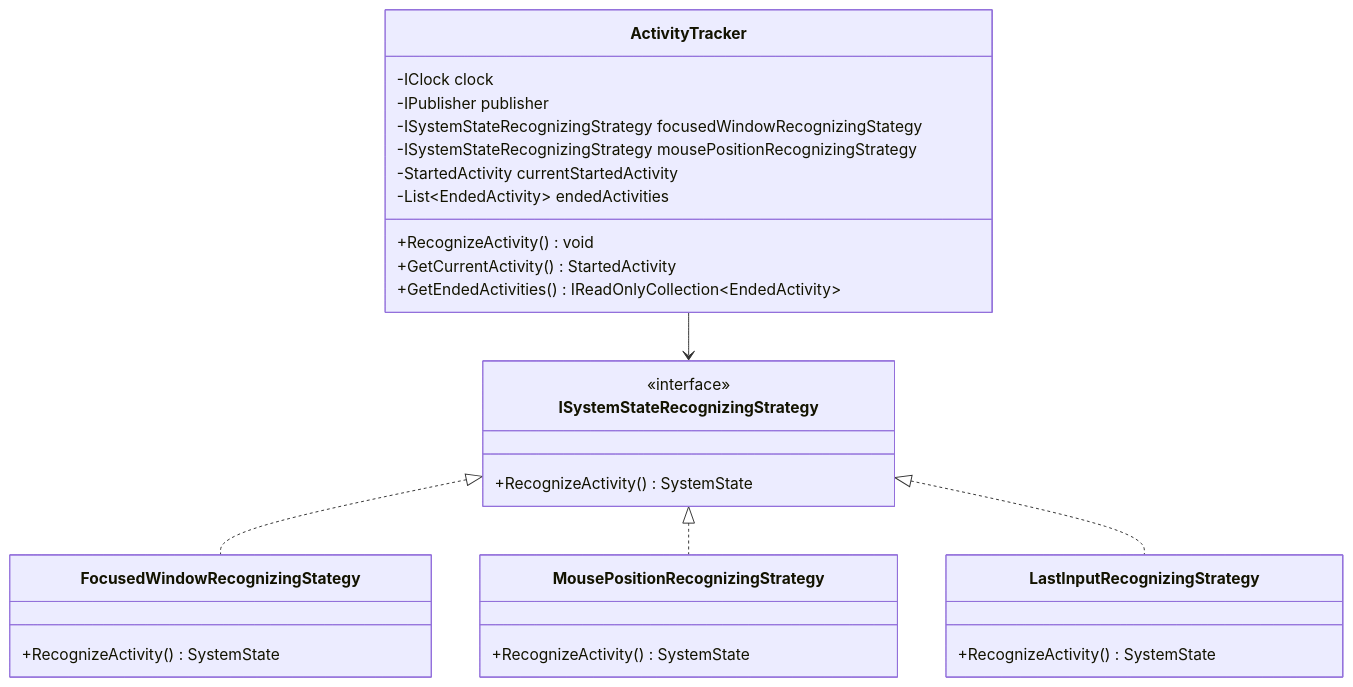
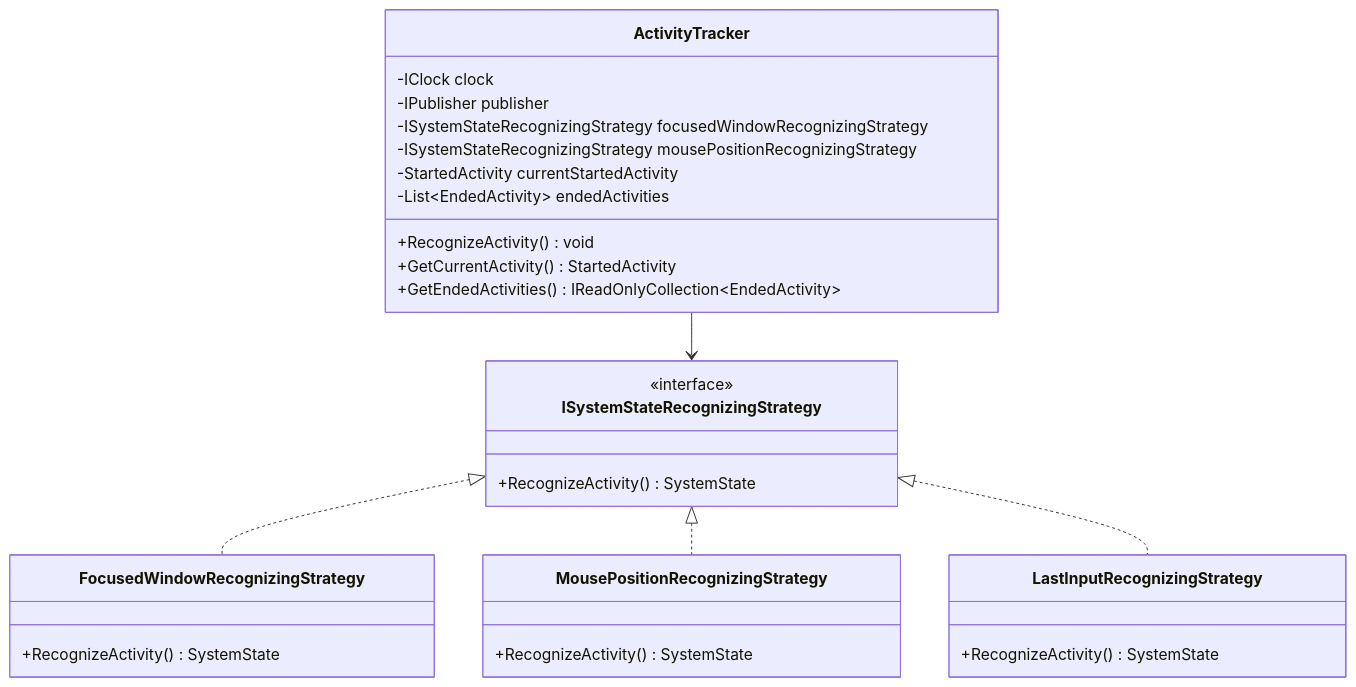
One commit to Skuty/TrackYourDay changed the first of 3 diagrams in docs/System-Trackers.md. Above: the diagram before and after it, drawn with Mermaid.

Commit message:
Fix typos in System-Trackers documentation

````diff
--- a/docs/System-Trackers.md
+++ b/docs/System-Trackers.md
@@ -27,36 +27,36 @@
 ```mermaid
 classDiagram
     class ActivityTracker {
         -IClock clock
         -IPublisher publisher
-        -ISystemStateRecognizingStrategy focusedWindowRecognizingStategy
+        -ISystemStateRecognizingStrategy focusedWindowRecognizingStrategy
         -ISystemStateRecognizingStrategy mousePositionRecognizingStrategy
         -StartedActivity currentStartedActivity
         -List~EndedActivity~ endedActivities
         +RecognizeActivity() void
         +GetCurrentActivity() StartedActivity
         +GetEndedActivities() IReadOnlyCollection~EndedActivity~
     }
     
     class ISystemStateRecognizingStrategy {
         <<interface>>
         +RecognizeActivity() SystemState
     }
     
-    class FocusedWindowRecognizingStategy {
+    class FocusedWindowRecognizingStrategy {
         +RecognizeActivity() SystemState
     }
     
     class MousePositionRecognizingStrategy {
         +RecognizeActivity() SystemState
     }
     
     class LastInputRecognizingStrategy {
         +RecognizeActivity() SystemState
     }
     
     ActivityTracker --> ISystemStateRecognizingStrategy
-    ISystemStateRecognizingStrategy <|.. FocusedWindowRecognizingStategy
+    ISystemStateRecognizingStrategy <|.. FocusedWindowRecognizingStrategy
     ISystemStateRecognizingStrategy <|.. MousePositionRecognizingStrategy
     ISystemStateRecognizingStrategy <|.. LastInputRecognizingStrategy
 ```
````
